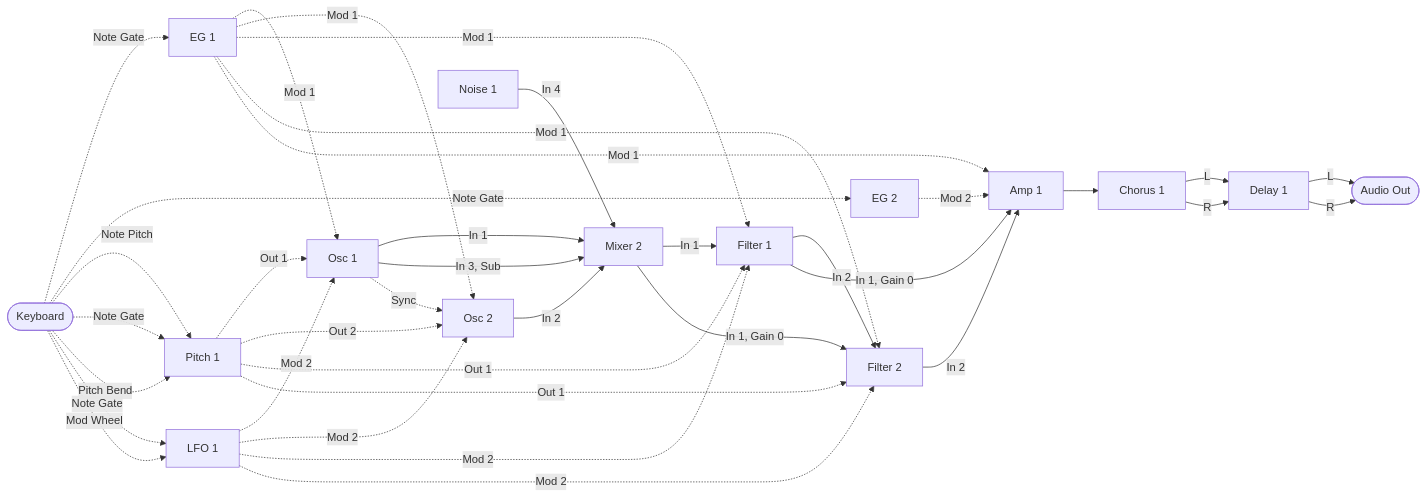
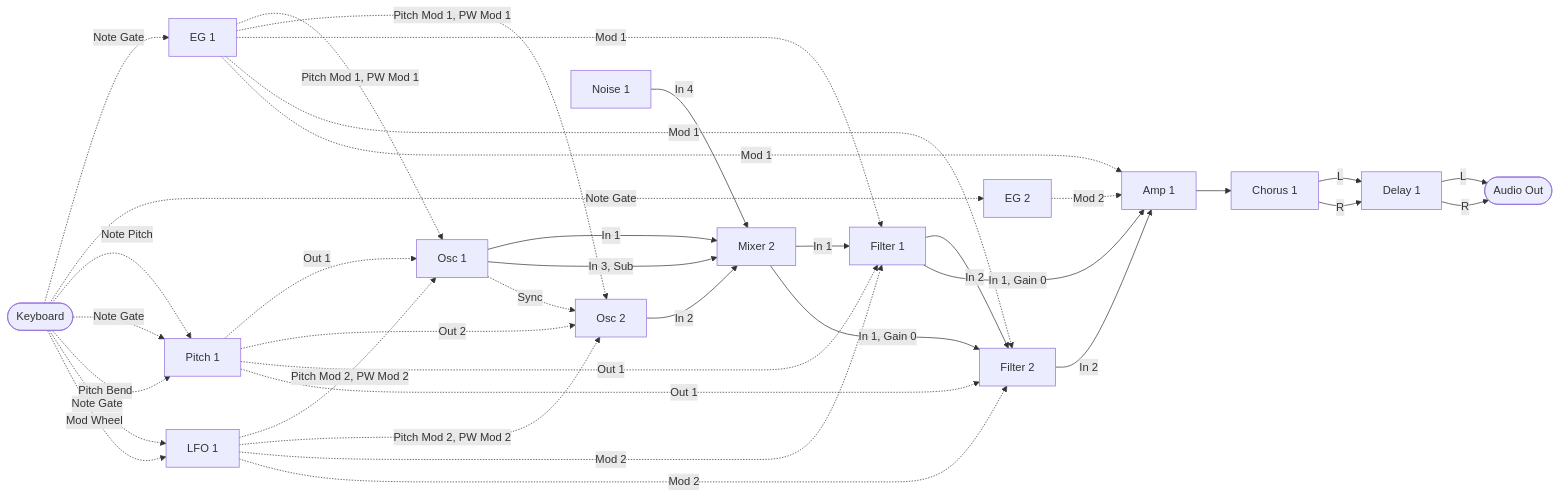
The diagram in spms1_type2/README.ja.md (risgk/midi_synthesizer_spms1), drawn with Mermaid before and after one commit. The commit also changed other lines of this file and 4 other files, not shown here.

First line of the commit message:
type-2: README says by the block diagram that the filters run in series, one low pass of the fourth order, and the docs follow the oscillators' four modulation inputs

````diff
--- a/spms1_type2/README.ja.md
+++ b/spms1_type2/README.ja.md
@@ -235,56 +237,56 @@
 ```mermaid
 flowchart LR
   KBD([Keyboard])
   PITCH[Pitch 1]
   LFO[LFO 1]
   EG[EG 1]
   EG2[EG 2]
   OSC[Osc 1]
   OSC2[Osc 2]
   NOISE[Noise 1]
   MIX2[Mixer 2]
   FILTER[Filter 1]
   FILTER2[Filter 2]
   AMP[Amp 1]
   CHORUS[Chorus 1]
   DELAY[Delay 1]
   OUT([Audio Out])
 
   OSC -->|In 1| MIX2
   OSC2 -->|In 2| MIX2
   OSC -->|In 3, Sub| MIX2
   NOISE -->|In 4| MIX2
   MIX2 -->|In 1| FILTER
   MIX2 -->|In 1, Gain 0| FILTER2
   FILTER -->|In 2| FILTER2
   FILTER -->|In 1, Gain 0| AMP
   FILTER2 -->|In 2| AMP
   AMP --> CHORUS
   CHORUS -->|L| DELAY
   CHORUS -->|R| DELAY
   DELAY -->|L| OUT
   DELAY -->|R| OUT
 
   KBD -. Note Gate .-> EG
   KBD -. Note Gate .-> EG2
   KBD -. Note Pitch .-> PITCH
   KBD -. Note Gate .-> PITCH
   KBD -. Pitch Bend .-> PITCH
   PITCH -. Out 1 .-> OSC
-  EG -. Mod 1 .-> OSC
-  LFO -. Mod 2 .-> OSC
+  EG -. Pitch Mod 1, PW Mod 1 .-> OSC
+  LFO -. Pitch Mod 2, PW Mod 2 .-> OSC
   PITCH -. Out 2 .-> OSC2
-  EG -. Mod 1 .-> OSC2
-  LFO -. Mod 2 .-> OSC2
+  EG -. Pitch Mod 1, PW Mod 1 .-> OSC2
+  LFO -. Pitch Mod 2, PW Mod 2 .-> OSC2
   EG -. Mod 1 .-> FILTER
   LFO -. Mod 2 .-> FILTER
   PITCH -. Out 1 .-> FILTER
   EG -. Mod 1 .-> FILTER2
   LFO -. Mod 2 .-> FILTER2
   PITCH -. Out 1 .-> FILTER2
   EG -. Mod 1 .-> AMP
   EG2 -. Mod 2 .-> AMP
   OSC -. Sync .-> OSC2
   KBD -. Note Gate .-> LFO
   KBD -. Mod Wheel .-> LFO
 ```
````
